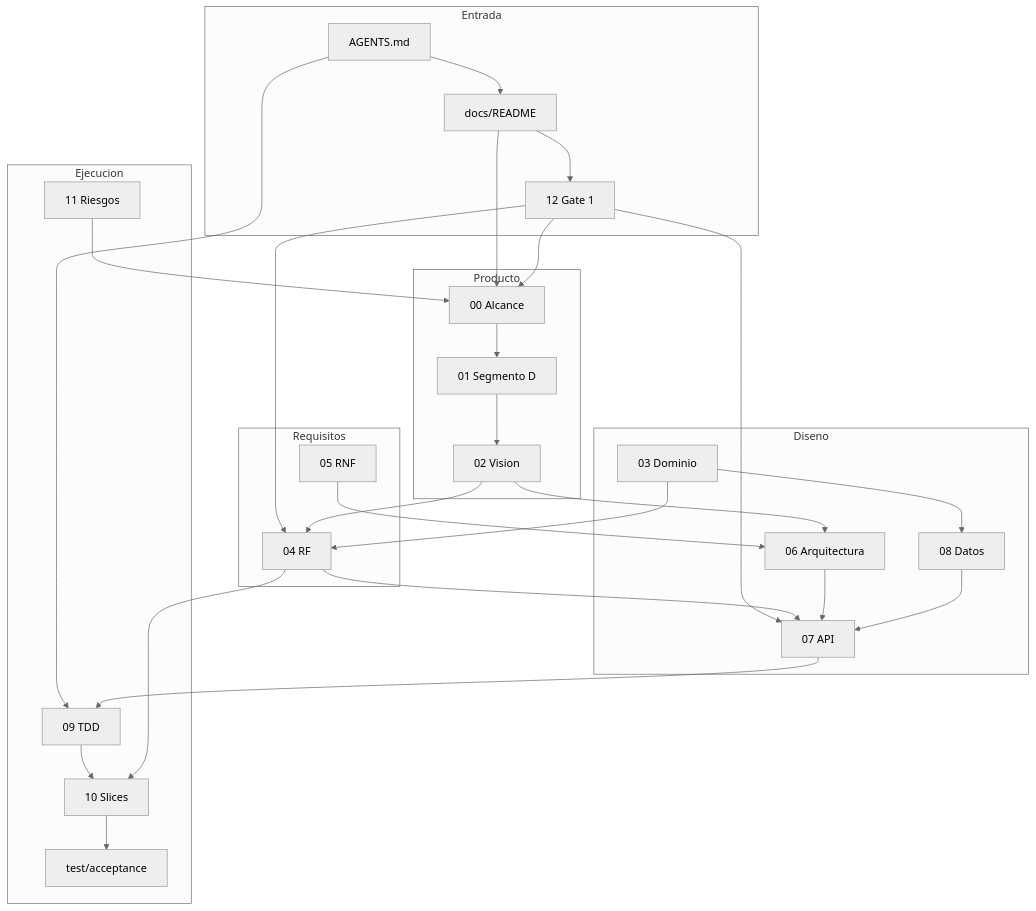
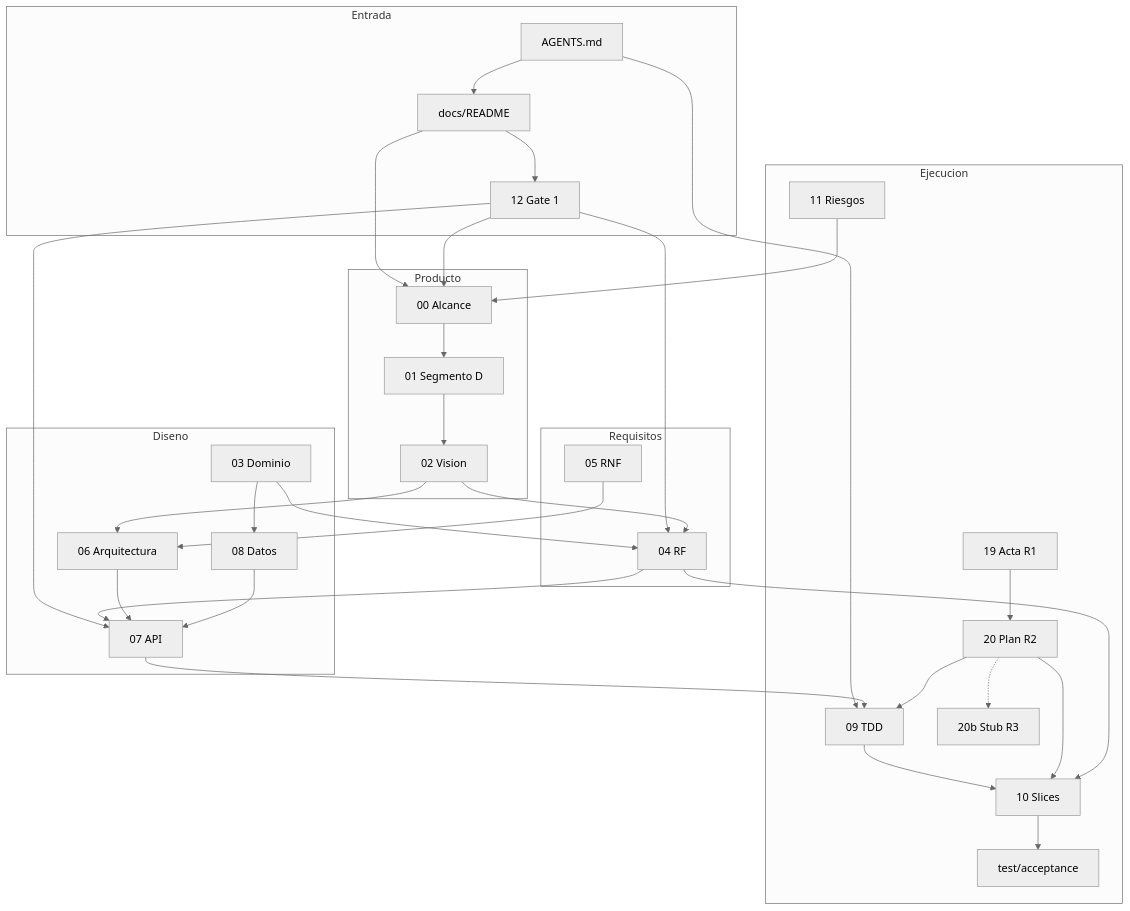
Before and after one commit to atriasolutions/AtriaPOS: the diagram in docs/13-mapeo-documentacion.md, drawn with Mermaid (neutral theme). The commit also changed other lines of this file and 8 other files, not shown here.

````diff
--- a/docs/13-mapeo-documentacion.md
+++ b/docs/13-mapeo-documentacion.md
@@ -38,51 +41,58 @@
 ```mermaid
 flowchart TB
   subgraph entrada [Entrada]
     README[docs/README]
     AGENTS[AGENTS.md]
     G12[12 Gate 1]
   end
   subgraph producto [Producto]
     D00[00 Alcance]
     D01[01 Segmento D]
     D02[02 Vision]
   end
   subgraph req [Requisitos]
     D04[04 RF]
     D05[05 RNF]
   end
   subgraph diseno [Diseno]
     D03[03 Dominio]
     D08[08 Datos]
     D06[06 Arquitectura]
     D07[07 API]
   end
   subgraph ejecucion [Ejecucion]
     D09[09 TDD]
     D10[10 Slices]
+    D19[19 Acta R1]
+    D20[20 Plan R2]
+    D20b[20b Stub R3]
     TACC[test/acceptance]
     D11[11 Riesgos]
   end
   README --> D00
   README --> G12
   AGENTS --> README
   AGENTS --> D09
   G12 --> D00
   G12 --> D04
   G12 --> D07
   D00 --> D01
   D01 --> D02
   D02 --> D04
   D02 --> D06
   D03 --> D04
   D03 --> D08
   D04 --> D07
   D05 --> D06
   D06 --> D07
   D07 --> D09
   D08 --> D07
   D09 --> D10
+  D19 --> D20
+  D20 --> D10
+  D20 --> D09
+  D20 -.-> D20b
   D10 --> TACC
   D04 --> D10
   D11 --> D00
 ```
````
